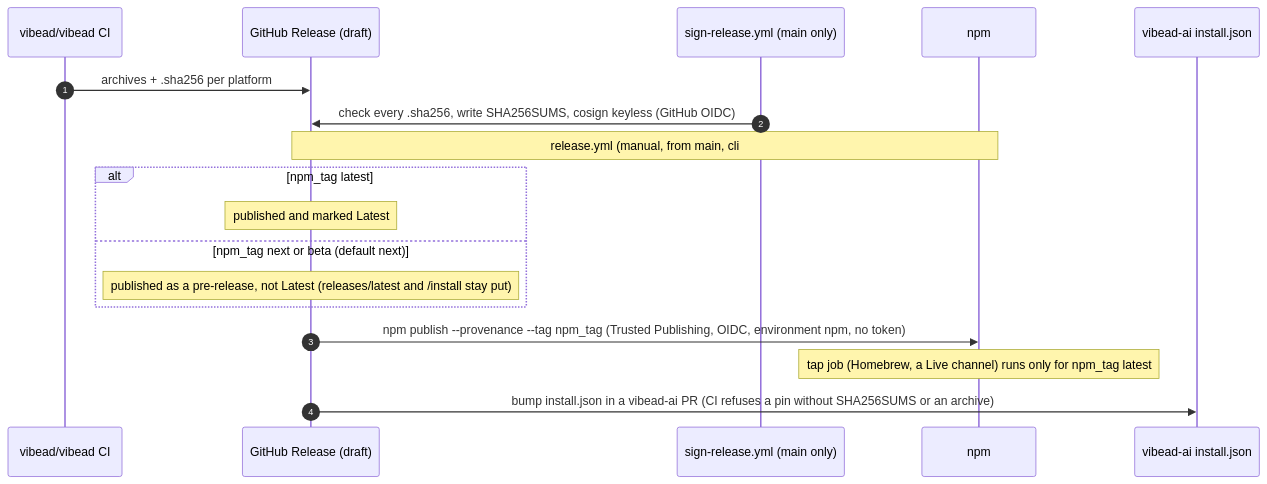
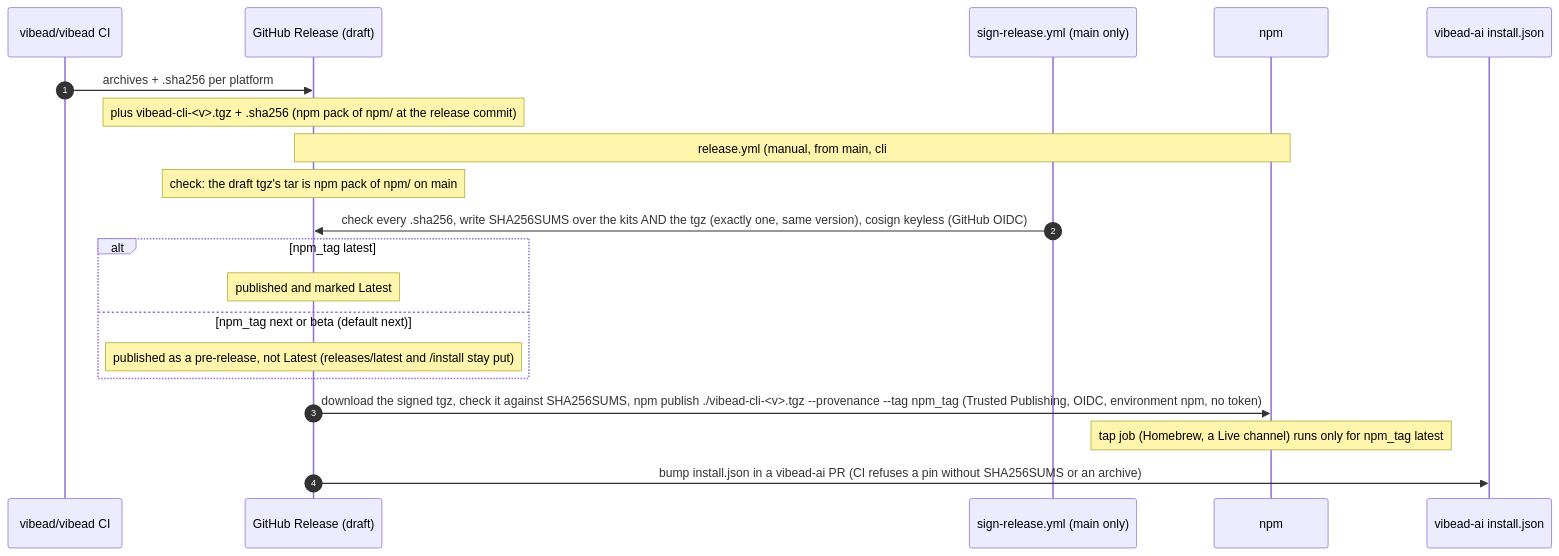
Before and after one commit to vibead/cli: the second of 2 diagrams in docs/system-design/README.md, drawn with Mermaid. The commit also changed other lines of this file and 4 other files, not shown here.

First line of the commit message:
release: sign the launcher tgz in SHA256SUMS and publish that signed tgz to npm (REL-2)

````diff
--- a/docs/system-design/README.md
+++ b/docs/system-design/README.md
@@ -61,20 +62,22 @@
 ```mermaid
 sequenceDiagram
   autonumber
   participant Src as vibead/vibead CI
   participant R as GitHub Release (draft)
   participant S as sign-release.yml (main only)
   participant N as npm
   participant Site as vibead-ai install.json
   Src->>R: archives + .sha256 per platform
-  S->>R: check every .sha256, write SHA256SUMS, cosign keyless (GitHub OIDC)
+  Note over R: plus vibead-cli-<v>.tgz + .sha256 (npm pack of npm/ at the release commit)
   Note over R,N: release.yml (manual, from main, cli#30): check, sign, then publish-release
+  Note over R: check: the draft tgz's tar is npm pack of npm/ on main
+  S->>R: check every .sha256, write SHA256SUMS over the kits AND the tgz (exactly one, same version), cosign keyless (GitHub OIDC)
   alt npm_tag latest
     Note over R: published and marked Latest
   else npm_tag next or beta (default next)
     Note over R: published as a pre-release, not Latest (releases/latest and /install stay put)
   end
-  R->>N: npm publish --provenance --tag npm_tag (Trusted Publishing, OIDC, environment npm, no token)
+  R->>N: download the signed tgz, check it against SHA256SUMS, npm publish ./vibead-cli-<v>.tgz --provenance --tag npm_tag (Trusted Publishing, OIDC, environment npm, no token)
   Note over N: tap job (Homebrew, a Live channel) runs only for npm_tag latest
   R->>Site: bump install.json in a vibead-ai PR (CI refuses a pin without SHA256SUMS or an archive)
 ```
````
